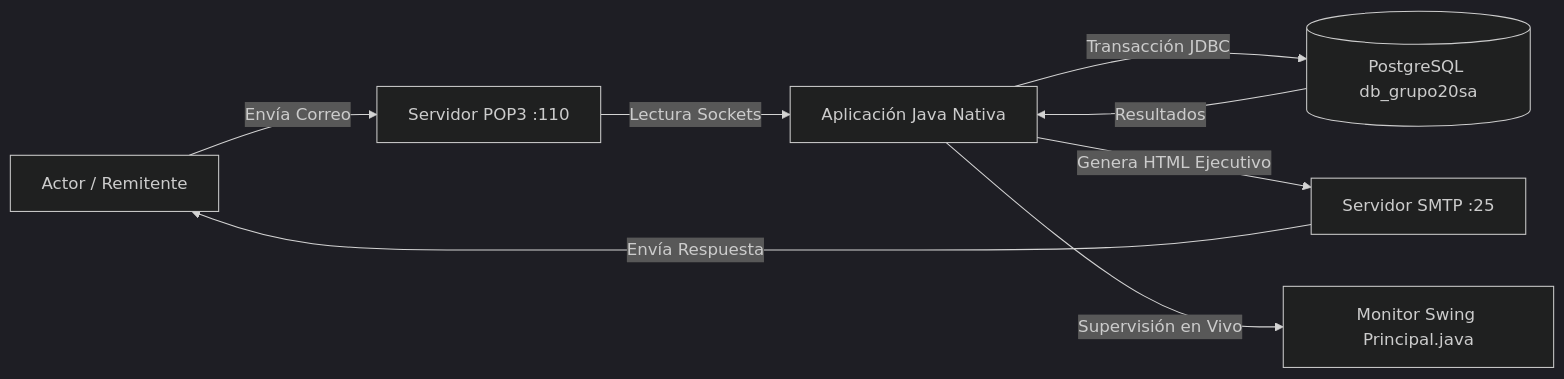
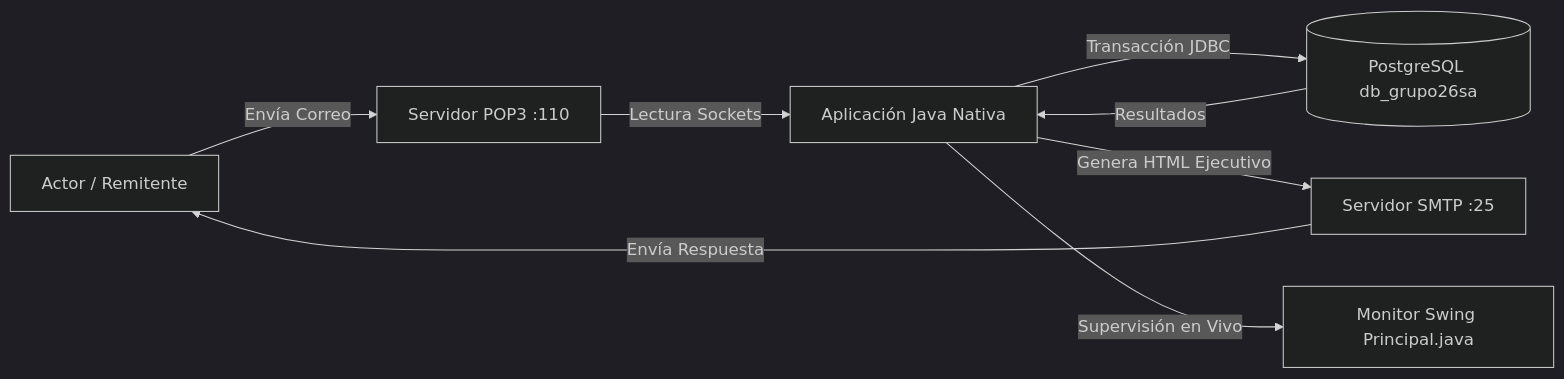
One commit to imbelfort/ProyectoFirmaDigital changed the first of 2 diagrams in Diseno_Sistema_Gestion_Tramites_Correo_Java_PostgreSQL.md. Above: the diagram before and after it, drawn with Mermaid (dark theme). The commit also changed other lines of this file and 20 other files, not shown here.

````diff
--- a/Diseno_Sistema_Gestion_Tramites_Correo_Java_PostgreSQL.md
+++ b/Diseno_Sistema_Gestion_Tramites_Correo_Java_PostgreSQL.md
@@ -22,10 +22,10 @@
 ```mermaid
 graph LR
     Actor[Actor / Remitente] -->|Envía Correo| POP3[Servidor POP3 :110]
     POP3 -->|Lectura Sockets| JavaApp[Aplicación Java Nativa]
-    JavaApp -->|Transacción JDBC| Postgres[(PostgreSQL db_grupo20sa)]
+    JavaApp -->|Transacción JDBC| Postgres[(PostgreSQL db_grupo26sa)]
     Postgres -->|Resultados| JavaApp
     JavaApp -->|Genera HTML Ejecutivo| SMTP[Servidor SMTP :25]
     SMTP -->|Envía Respuesta| Actor
     JavaApp -->|Supervisión en Vivo| GUI[Monitor Swing Principal.java]
 ```
````
